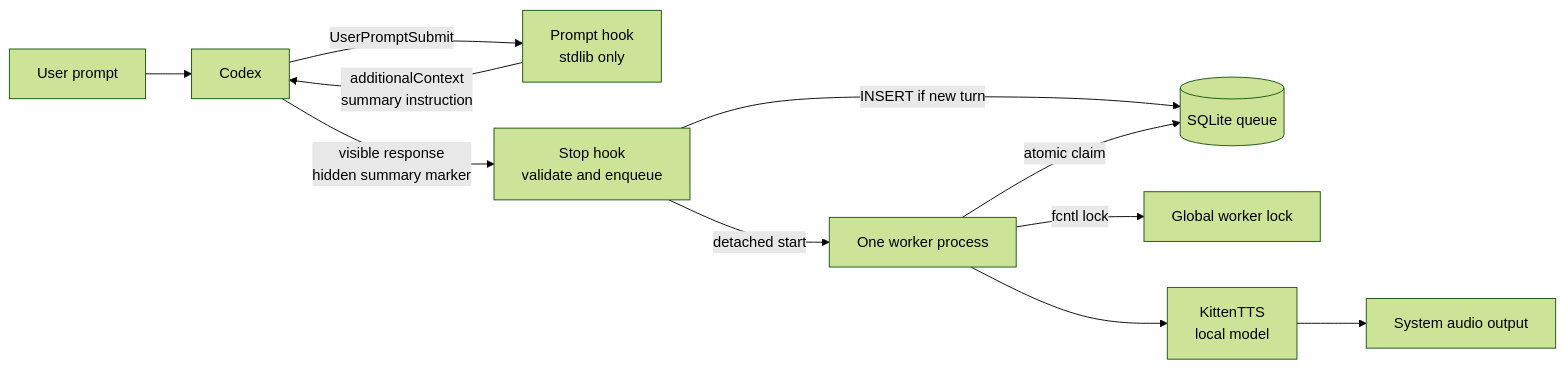
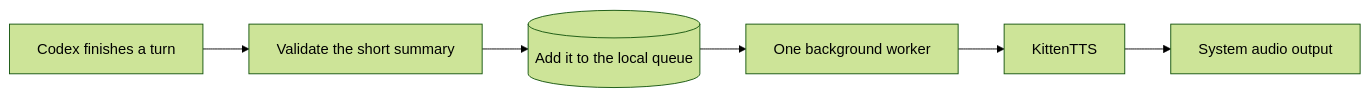
The diagram in README.md (rmscoal/turnecho), drawn with Mermaid (forest theme) before and after one commit. The commit also changed other lines of this file, not shown here.

````diff
--- a/README.md
+++ b/README.md
@@ -265,13 +71,8 @@
 ```mermaid
 flowchart LR
-    U[User prompt] --> C[Codex]
-    C -->|UserPromptSubmit| P[Prompt hook\nstdlib only]
-    P -->|additionalContext\nsummary instruction| C
-    C -->|visible response\nhidden summary marker| S[Stop hook\nvalidate and enqueue]
-    S -->|INSERT if new turn| Q[(SQLite queue)]
-    S -->|detached start| W[One worker process]
-    W -->|fcntl lock| L[Global worker lock]
-    W -->|atomic claim| Q
-    W --> T[KittenTTS\nlocal model]
-    T --> A[System audio output]
+    A[Codex finishes a turn] --> B[Validate the short summary]
+    B --> C[(Add it to the local queue)]
+    C --> D[One background worker]
+    D --> E[KittenTTS]
+    E --> F[System audio output]
 ```
````
